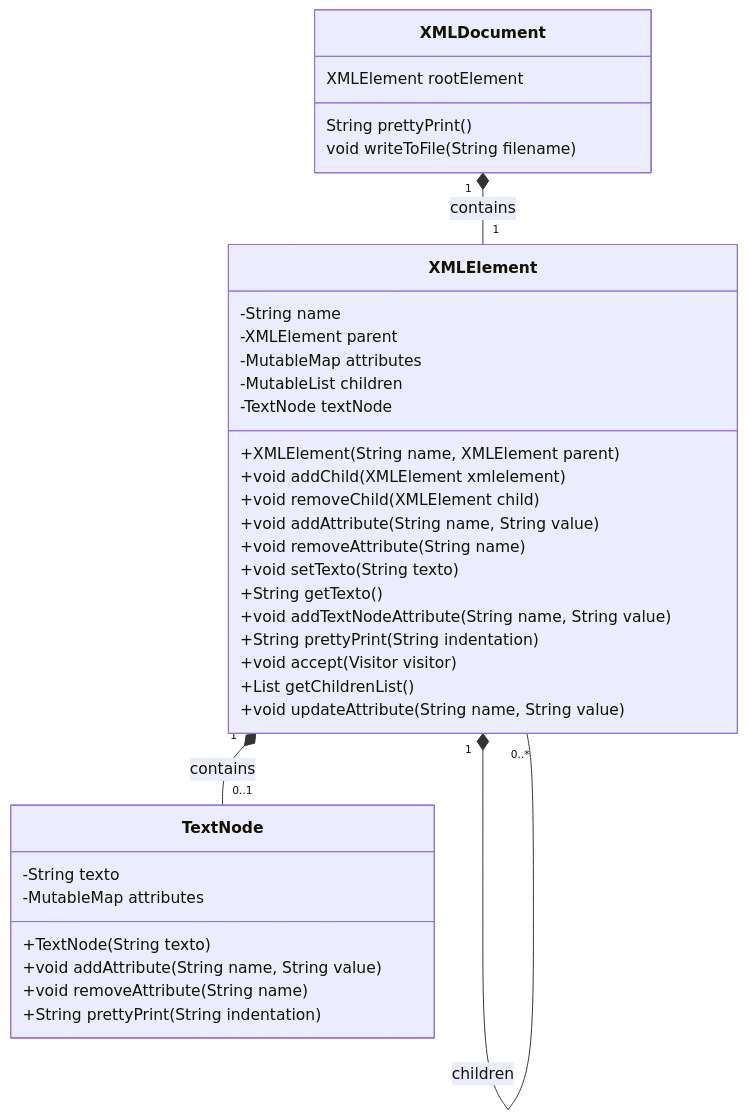
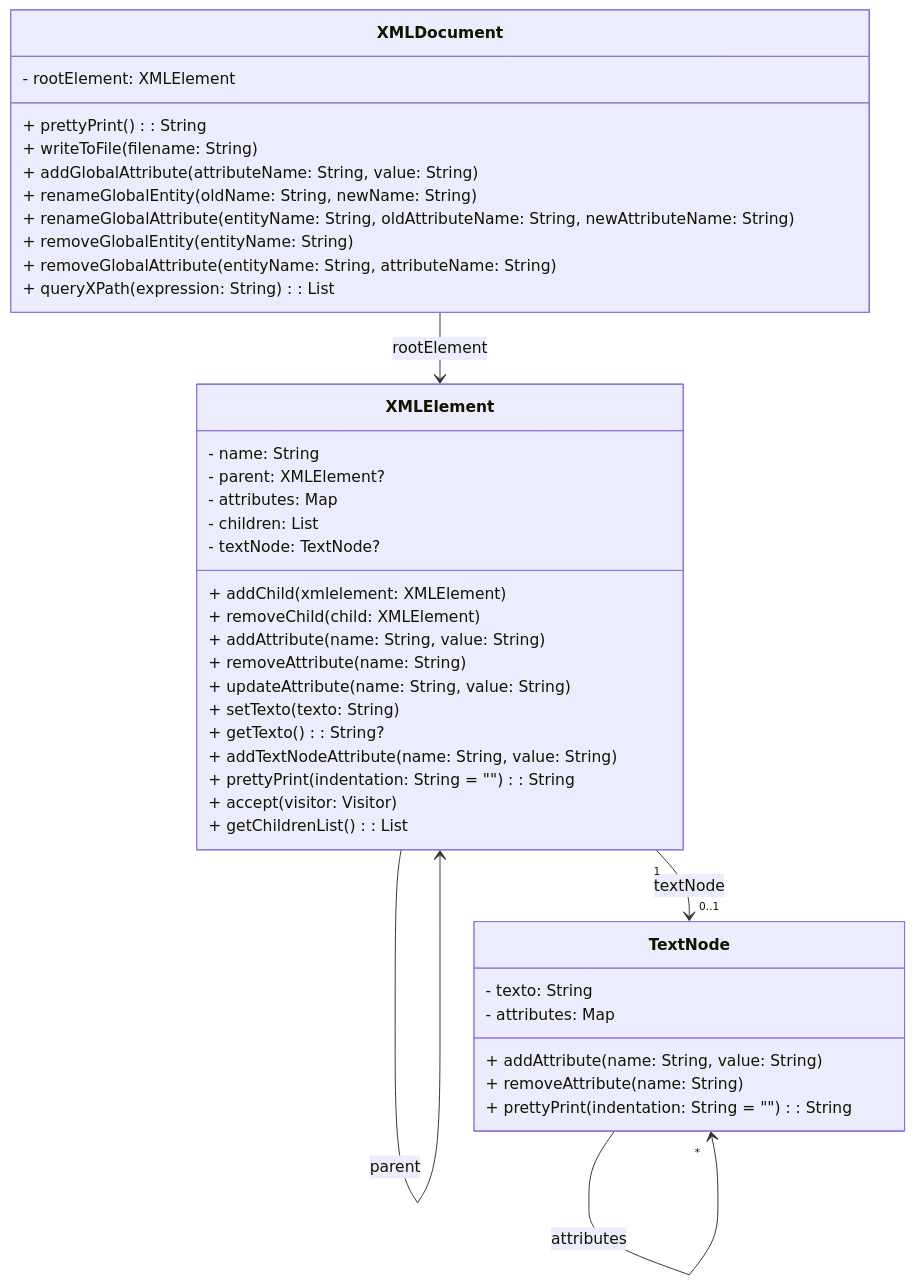
Before and after one commit to talopes123/pa_xmlFile: the diagram in Apresentação da Biblioteca.md, drawn with Mermaid.

Commit message:
mardown_v2

````diff
--- a/Apresentação da Biblioteca.md
+++ b/Apresentação da Biblioteca.md
@@ -27,41 +27,47 @@
 ```mermaid
 classDiagram
     class XMLDocument {
-        XMLElement rootElement
-        String prettyPrint()
-        void writeToFile(String filename)
-    }
-    
-    class XMLElement {
-        -String name
-        -XMLElement parent
-        -MutableMap<String, String> attributes
-        -MutableList<XMLElement> children
-        -TextNode textNode
-        +XMLElement(String name, XMLElement parent)
-        +void addChild(XMLElement xmlelement)
-        +void removeChild(XMLElement child)
-        +void addAttribute(String name, String value)
-        +void removeAttribute(String name)
-        +void setTexto(String texto)
-        +String getTexto()
-        +void addTextNodeAttribute(String name, String value)
-        +String prettyPrint(String indentation)
-        +void accept(Visitor visitor)
-        +List<XMLElement> getChildrenList()
-        +void updateAttribute(String name, String value)
-    }
-    
-    class TextNode {
-        -String texto
-        -MutableMap<String, String> attributes
-        +TextNode(String texto)
-        +void addAttribute(String name, String value)
-        +void removeAttribute(String name)
-        +String prettyPrint(String indentation)
+        - rootElement: XMLElement
+        + prettyPrint(): String
+        + writeToFile(filename: String)
+        + addGlobalAttribute(attributeName: String, value: String)
+        + renameGlobalEntity(oldName: String, newName: String)
+        + renameGlobalAttribute(entityName: String, oldAttributeName: String, newAttributeName: String)
+        + removeGlobalEntity(entityName: String)
+        + removeGlobalAttribute(entityName: String, attributeName: String)
+        + queryXPath(expression: String): List<XMLElement>
     }
 
-    XMLDocument "1" *-- "1" XMLElement : contains
-    XMLElement "1" *-- "0..*" XMLElement : children
-    XMLElement "1" *-- "0..1" TextNode : contains
+    class XMLElement {
+        - name: String
+        - parent: XMLElement?
+        - attributes: Map<String, String>
+        - children: List<XMLElement>
+        - textNode: TextNode?
+        + addChild(xmlelement: XMLElement)
+        + removeChild(child: XMLElement)
+        + addAttribute(name: String, value: String)
+        + removeAttribute(name: String)
+        + updateAttribute(name: String, value: String)
+        + setTexto(texto: String)
+        + getTexto(): String?
+        + addTextNodeAttribute(name: String, value: String)
+        + prettyPrint(indentation: String = ""): String
+        + accept(visitor: Visitor)
+        + getChildrenList(): List<XMLElement>
+    }
+
+    class TextNode {
+        - texto: String
+        - attributes: Map<String, String>
+        + addAttribute(name: String, value: String)
+        + removeAttribute(name: String)
+        + prettyPrint(indentation: String = ""): String
+    }
+
+    XMLDocument --> XMLElement : rootElement
+    XMLElement "1" --> "0..*" XMLElement : children
+    XMLElement --> XMLElement : parent
+    XMLElement "1" --> "0..1" TextNode : textNode
+    TextNode --> "*" TextNode : attributes
 ```
````
